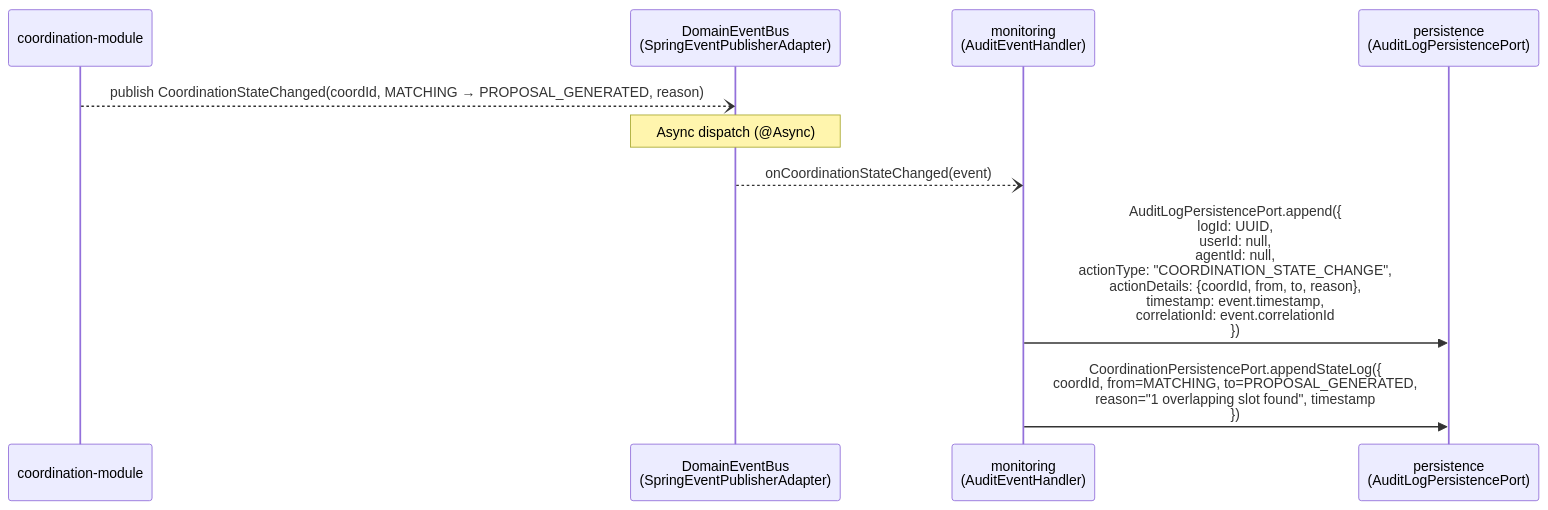
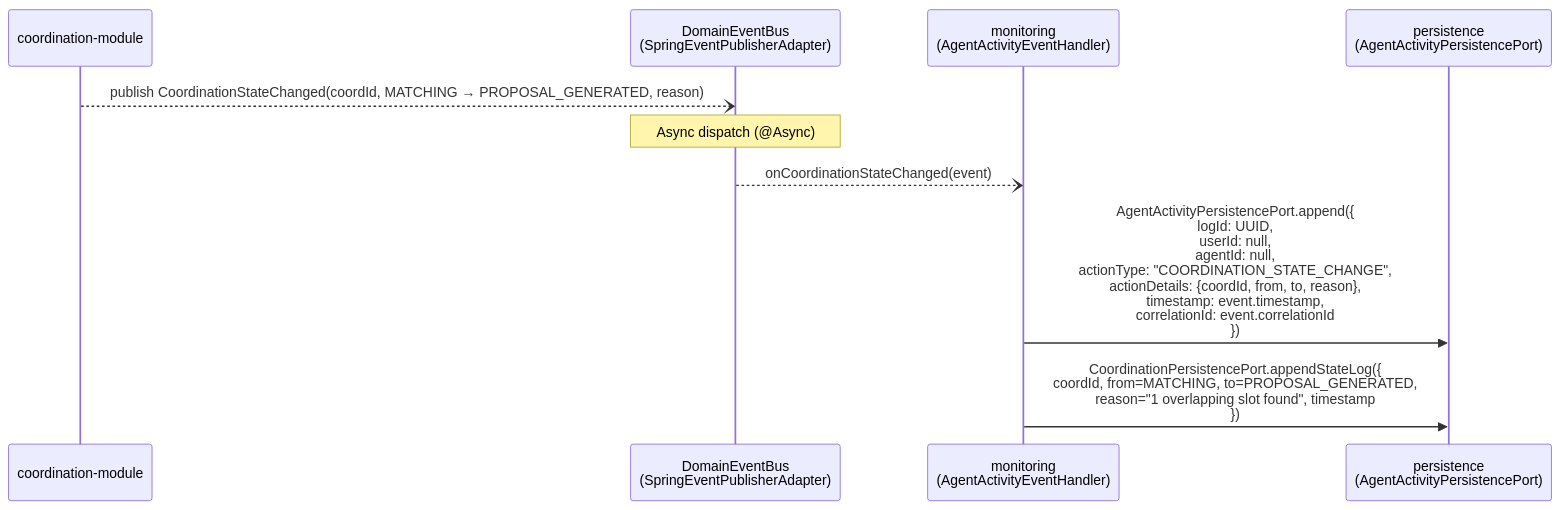
One commit to TanmayZade/CoAgent4U changed diagram 22 of 25 in documentation/arcs42/06-runtime-view.md. Above: the diagram before and after it, drawn with Mermaid. The commit also changed other lines of this file and 90 other files, not shown here.

Commit message:
refactor: globally rename Audit Log to Agent Activity

````diff
--- a/documentation/arcs42/06-runtime-view.md
+++ b/documentation/arcs42/06-runtime-view.md
@@ -1013,17 +1013,17 @@
 ```mermaid
 sequenceDiagram
     participant Coord as coordination-module
     participant EventBus as DomainEventBus<br/>(SpringEventPublisherAdapter)
-    participant Audit as monitoring<br/>(AuditEventHandler)
-    participant DB as persistence<br/>(AuditLogPersistencePort)
+    participant AgentActivity as monitoring<br/>(AgentActivityEventHandler)
+    participant DB as persistence<br/>(AgentActivityPersistencePort)
 
     Coord--)EventBus: publish CoordinationStateChanged(coordId, MATCHING → PROPOSAL_GENERATED, reason)
 
     Note over EventBus: Async dispatch (@Async)
 
-    EventBus--)Audit: onCoordinationStateChanged(event)
+    EventBus--)AgentActivity: onCoordinationStateChanged(event)
 
-    Audit->>DB: AuditLogPersistencePort.append({<br/>  logId: UUID,<br/>  userId: null,<br/>  agentId: null,<br/>  actionType: "COORDINATION_STATE_CHANGE",<br/>  actionDetails: {coordId, from, to, reason},<br/>  timestamp: event.timestamp,<br/>  correlationId: event.correlationId<br/>})
+    AgentActivity->>DB: AgentActivityPersistencePort.append({<br/>  logId: UUID,<br/>  userId: null,<br/>  agentId: null,<br/>  actionType: "COORDINATION_STATE_CHANGE",<br/>  actionDetails: {coordId, from, to, reason},<br/>  timestamp: event.timestamp,<br/>  correlationId: event.correlationId<br/>})
 
-    Audit->>DB: CoordinationPersistencePort.appendStateLog({<br/>  coordId, from=MATCHING, to=PROPOSAL_GENERATED,<br/>  reason="1 overlapping slot found", timestamp<br/>})
+    AgentActivity->>DB: CoordinationPersistencePort.appendStateLog({<br/>  coordId, from=MATCHING, to=PROPOSAL_GENERATED,<br/>  reason="1 overlapping slot found", timestamp<br/>})
 ```
````
